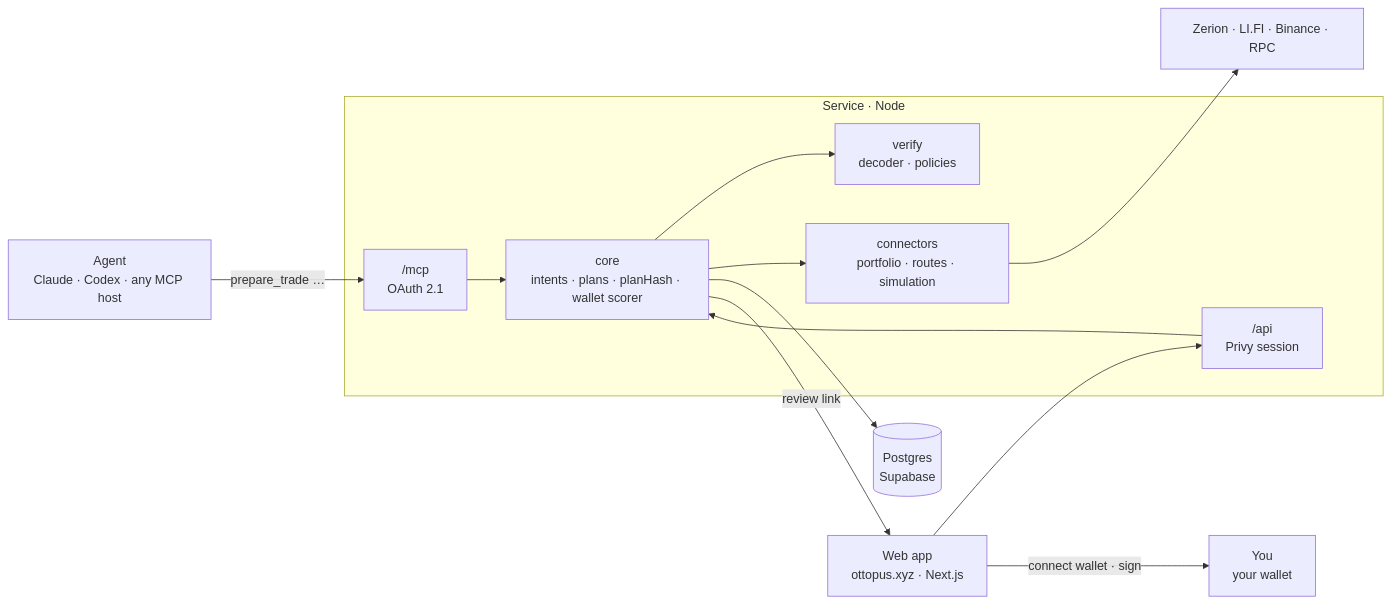
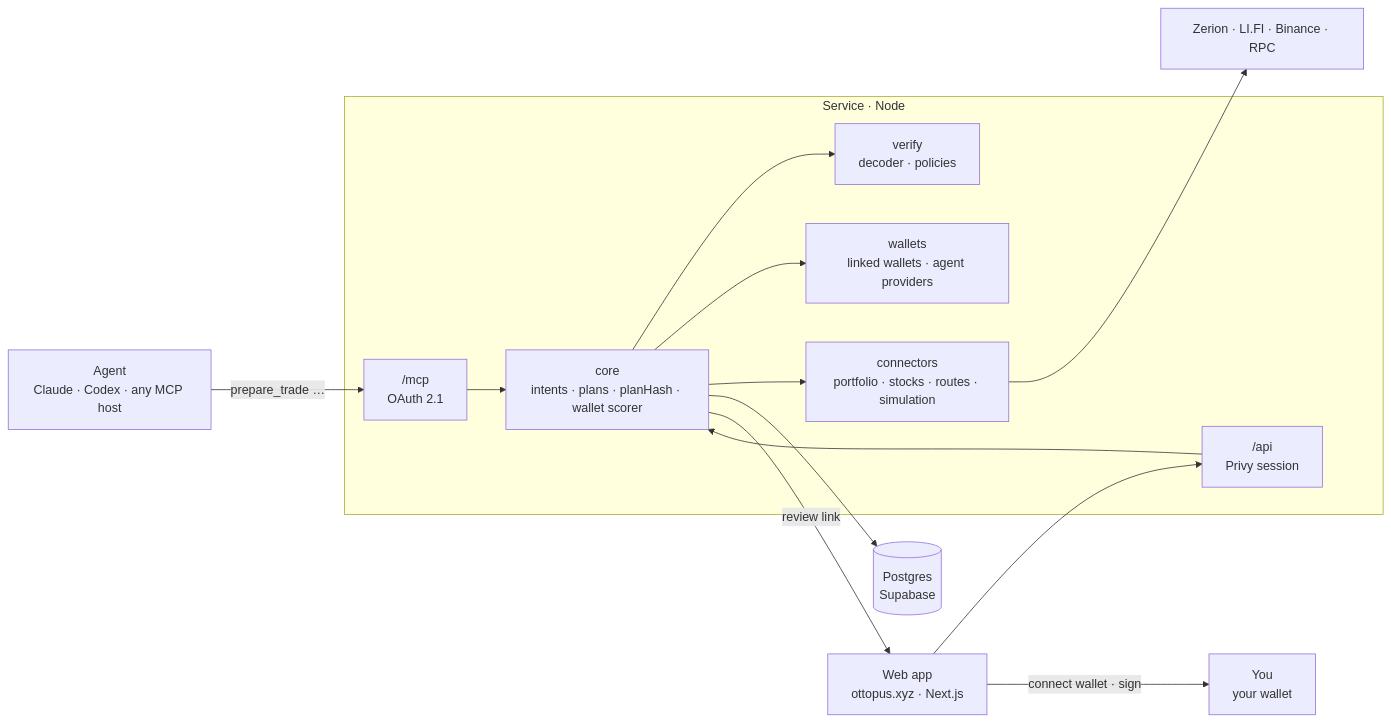
Before and after one commit to ottopusxyz/ottopus: the diagram in README.md, drawn with Mermaid. The commit also changed other lines of this file and 1 other file, not shown here.

````diff
--- a/README.md
+++ b/README.md
@@ -67,28 +130,30 @@
 ```mermaid
 flowchart LR
     Agent["Agent<br/>Claude · Codex · any MCP host"]
     Web["Web app<br/>ottopus.xyz · Next.js"]
     You["You<br/>your wallet"]
 
     subgraph Service["Service · Node"]
         MCP["/mcp<br/>OAuth 2.1"]
         API["/api<br/>Privy session"]
         Core["core<br/>intents · plans · planHash · wallet scorer"]
         Verify["verify<br/>decoder · policies"]
-        Connectors["connectors<br/>portfolio · routes · simulation"]
+        Wallets["wallets<br/>linked wallets · agent providers"]
+        Connectors["connectors<br/>portfolio · stocks · routes · simulation"]
     end
 
     DB[("Postgres<br/>Supabase")]
     Vendors["Zerion · LI.FI · Binance · RPC"]
 
     Agent -- "prepare_trade …" --> MCP
     Web --> API
     MCP --> Core
     API --> Core
     Core --> Verify
+    Core --> Wallets
     Core --> Connectors
     Connectors --> Vendors
     Core --> DB
     Core -- "review link" --> Web
     Web -- "connect wallet · sign" --> You
 ```
````
